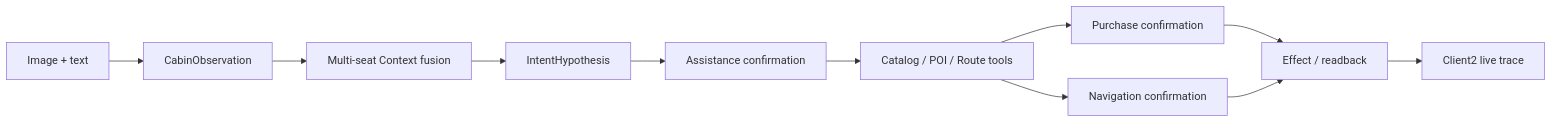
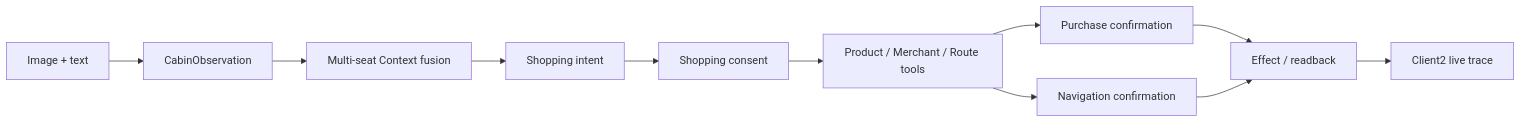
One commit to LucasWEIchen/CougarOS changed the first of 9 diagrams in docs/CENTRAL_BRAIN_SOFTWARE_ARCHITECTURE.md. Above: the diagram before and after it, drawn with Mermaid. The commit also changed other lines of this file and 43 other files, not shown here.

Commit message:
feat: add cabin shopping and route planning flow

````diff
--- a/docs/CENTRAL_BRAIN_SOFTWARE_ARCHITECTURE.md
+++ b/docs/CENTRAL_BRAIN_SOFTWARE_ARCHITECTURE.md
@@ -15,13 +15,13 @@
 ```mermaid
 flowchart LR
   Input["Image + text"] --> Observation["CabinObservation"]
   Observation --> Context["Multi-seat Context fusion"]
-  Context --> Hypothesis["IntentHypothesis"]
-  Hypothesis --> Approval["Assistance confirmation"]
-  Approval --> Tool["Catalog / POI / Route tools"]
+  Context --> Hypothesis["Shopping intent"]
+  Hypothesis --> Approval["Shopping consent"]
+  Approval --> Tool["Product / Merchant / Route tools"]
   Tool --> Purchase["Purchase confirmation"]
   Tool --> Navigation["Navigation confirmation"]
   Purchase --> Effect["Effect / readback"]
   Navigation --> Effect
   Effect --> HMI["Client2 live trace"]
 ```
````
